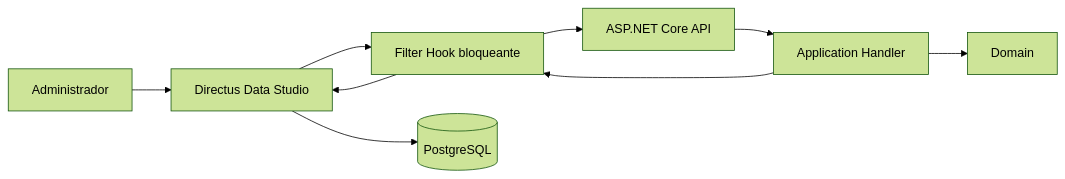
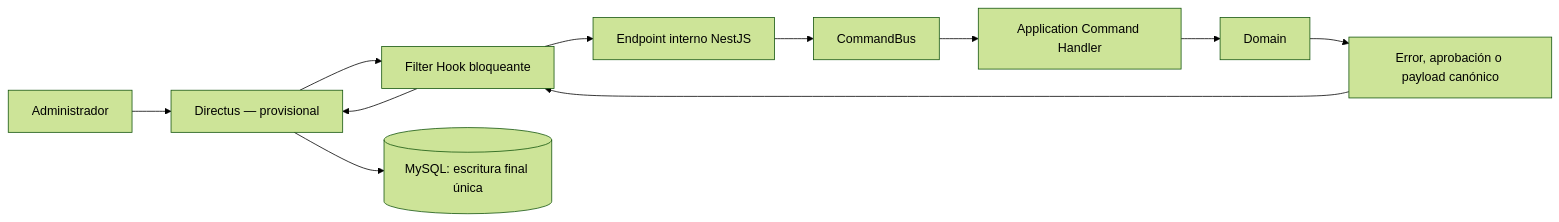
Before and after one commit to cromaticacreativa/project-cromaticacreativa-web: the third of 4 diagrams in README.md, drawn with Mermaid (forest theme). The commit also changed other lines of this file and 276 other files, not shown here.

````diff
--- a/README.md
+++ b/README.md
@@ -111,11 +116,13 @@
 ```mermaid
 flowchart LR
-    administrator["Administrador"] --> directus["Directus Data Studio"]
+    administrador["Administrador"] --> directus["Directus — provisional"]
     directus --> hook["Filter Hook bloqueante"]
-    hook --> api["ASP.NET Core API"]
-    api --> application["Application Handler"]
-    application --> domain["Domain"]
-    application --> hook
+    hook --> api["Endpoint interno NestJS"]
+    api --> commandBus["CommandBus"]
+    commandBus --> handler["Application Command Handler"]
+    handler --> domain["Domain"]
+    domain --> result["Error, aprobación o payload canónico"]
+    result --> hook
     hook --> directus
-    directus --> database[("PostgreSQL")]
+    directus --> mysql[("MySQL: escritura final única")]
 ```
````
